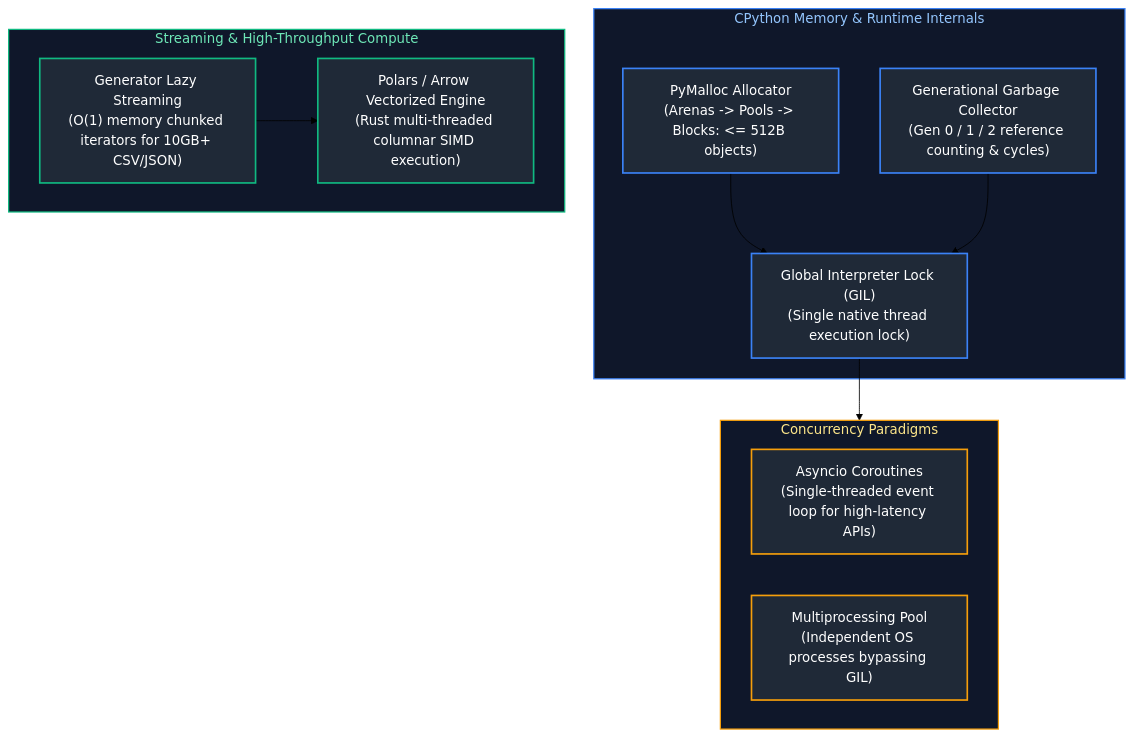
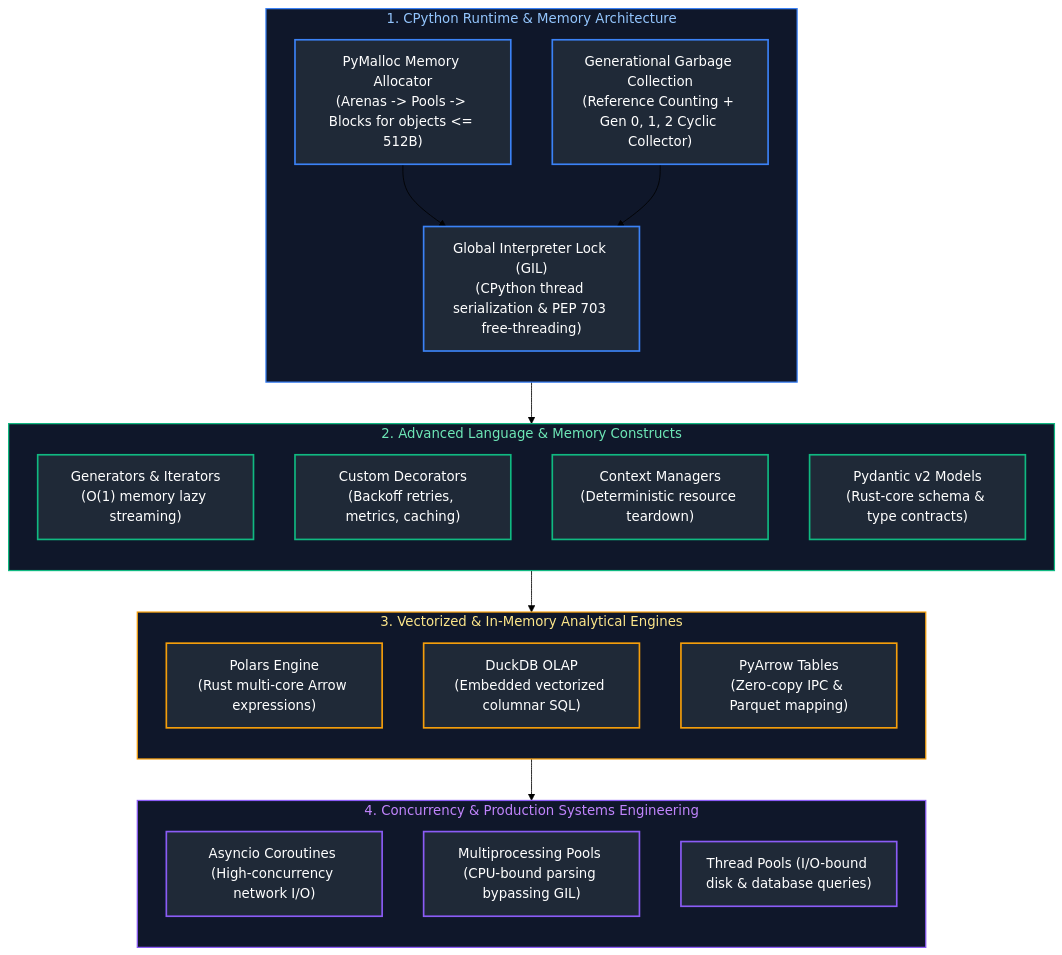
One commit to joydeep-biswas/Interview-Preparation changed the first of 9 diagrams in Data Engineering/03_python_for_data_engineering.md. Above: the diagram before and after it, drawn with Mermaid (forest theme). The commit also changed other lines of this file and 143 other files, not shown here.

````diff
--- a/Data Engineering/03_python_for_data_engineering.md
+++ b/Data Engineering/03_python_for_data_engineering.md
@@ -9,32 +11,53 @@
 ```mermaid
 flowchart TD
-    subgraph MemoryManagement ["CPython Memory & Runtime Internals"]
-        GIL["Global Interpreter Lock (GIL)<br/>(Single native thread execution lock)"]
-        ArenaPool["PyMalloc Allocator<br/>(Arenas -> Pools -> Blocks: <= 512B objects)"]
-        GC["Generational Garbage Collector<br/>(Gen 0 / 1 / 2 reference counting & cycles)"]
-    end
-    subgraph StreamingEngines ["Streaming & High-Throughput Compute"]
-        Generators["Generator Lazy Streaming<br/>(O(1) memory chunked iterators for 10GB+ CSV/JSON)"]
-        Polars["Polars / Arrow Vectorized Engine<br/>(Rust multi-threaded columnar SIMD execution)"]
-    end
-    subgraph ConcurrencySubsystem ["Concurrency Paradigms"]
-        AsyncIO["Asyncio Coroutines<br/>(Single-threaded event loop for high-latency APIs)"]
-        Multiprocessing["Multiprocessing Pool<br/>(Independent OS processes bypassing GIL)"]
+    subgraph MemoryManagement ["1. CPython Runtime & Memory Architecture"]
+        direction TD
+        GIL["Global Interpreter Lock (GIL)<br/>(CPython thread serialization & PEP 703 free-threading)"]
+        PyMalloc["PyMalloc Memory Allocator<br/>(Arenas -> Pools -> Blocks for objects <= 512B)"]
+        GC["Generational Garbage Collection<br/>(Reference Counting + Gen 0, 1, 2 Cyclic Collector)"]
+        PyMalloc --> GIL
+        GC --> GIL
     end
 
-    ArenaPool --> GIL
-    GC --> GIL
-    GIL --> ConcurrencySubsystem
-    Generators --> Polars
+    subgraph LanguageConstructs ["2. Advanced Language & Memory Constructs"]
+        direction TD
+        Generators["Generators & Iterators<br/>(O(1) memory lazy streaming)"]
+        Decorators["Custom Decorators<br/>(Backoff retries, metrics, caching)"]
+        ContextMgr["Context Managers<br/>(Deterministic resource teardown)"]
+        Pydantic["Pydantic v2 Models<br/>(Rust-core schema & type contracts)"]
+    end
+
+    subgraph AnalyticalEngines ["3. Vectorized & In-Memory Analytical Engines"]
+        direction TD
+        Polars["Polars Engine<br/>(Rust multi-core Arrow expressions)"]
+        DuckDB["DuckDB OLAP<br/>(Embedded vectorized columnar SQL)"]
+        Arrow["PyArrow Tables<br/>(Zero-copy IPC & Parquet mapping)"]
+    end
+
+    subgraph ConcurrencySystems ["4. Concurrency & Production Systems Engineering"]
+        direction TD
+        AsyncIO["Asyncio Coroutines (High-concurrency network I/O)"]
+        ProcessPool["Multiprocessing Pools (CPU-bound parsing bypassing GIL)"]
+        ThreadPool["Thread Pools (I/O-bound disk & database queries)"]
+    end
+
+    MemoryManagement --> LanguageConstructs --> AnalyticalEngines --> ConcurrencySystems
 
     style MemoryManagement fill:#0f172a,stroke:#3b82f6,stroke-width:1.5px,color:#93c5fd
-    style StreamingEngines fill:#0f172a,stroke:#10b981,stroke-width:1.5px,color:#6ee7b7
-    style ConcurrencySubsystem fill:#0f172a,stroke:#f59e0b,stroke-width:1.5px,color:#fde68a
+    style LanguageConstructs fill:#0f172a,stroke:#10b981,stroke-width:1.5px,color:#6ee7b7
+    style AnalyticalEngines fill:#0f172a,stroke:#f59e0b,stroke-width:1.5px,color:#fde68a
+    style ConcurrencySystems fill:#0f172a,stroke:#8b5cf6,stroke-width:1.5px,color:#c084fc
     style GIL fill:#1f2937,stroke:#3b82f6,stroke-width:2px,color:#fff
-    style ArenaPool fill:#1f2937,stroke:#3b82f6,stroke-width:2px,color:#fff
+    style PyMalloc fill:#1f2937,stroke:#3b82f6,stroke-width:2px,color:#fff
     style GC fill:#1f2937,stroke:#3b82f6,stroke-width:2px,color:#fff
     style Generators fill:#1f2937,stroke:#10b981,stroke-width:2px,color:#fff
-    style Polars fill:#1f2937,stroke:#10b981,stroke-width:2px,color:#fff
-    style AsyncIO fill:#1f2937,stroke:#f59e0b,stroke-width:2px,color:#fff
-    style Multiprocessing fill:#1f2937,stroke:#f59e0b,stroke-width:2px,color:#fff
+    style Decorators fill:#1f2937,stroke:#10b981,stroke-width:2px,color:#fff
+    style ContextMgr fill:#1f2937,stroke:#10b981,stroke-width:2px,color:#fff
+    style Pydantic fill:#1f2937,stroke:#10b981,stroke-width:2px,color:#fff
+    style Polars fill:#1f2937,stroke:#f59e0b,stroke-width:2px,color:#fff
+    style DuckDB fill:#1f2937,stroke:#f59e0b,stroke-width:2px,color:#fff
+    style Arrow fill:#1f2937,stroke:#f59e0b,stroke-width:2px,color:#fff
+    style AsyncIO fill:#1f2937,stroke:#8b5cf6,stroke-width:2px,color:#fff
+    style ProcessPool fill:#1f2937,stroke:#8b5cf6,stroke-width:2px,color:#fff
+    style ThreadPool fill:#1f2937,stroke:#8b5cf6,stroke-width:2px,color:#fff
 ```
````
